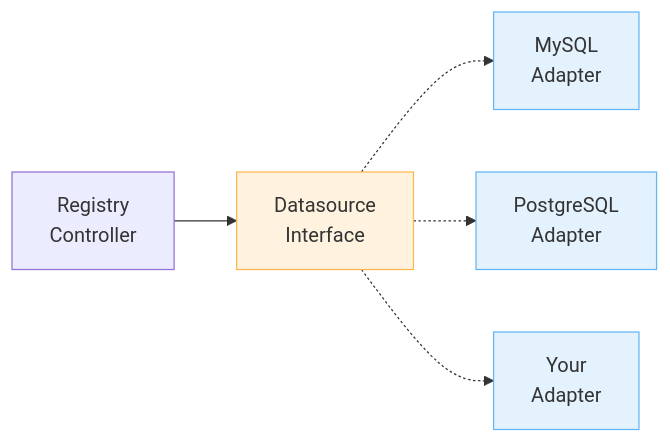
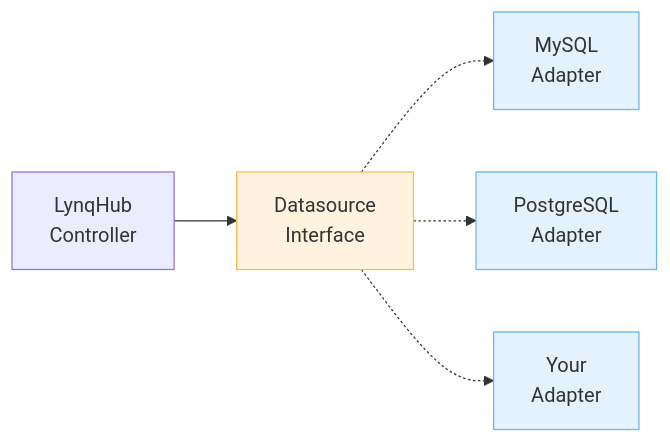
Before and after one commit to kubernetes-tenants/tenant-operator: the diagram in docs/development.md, drawn with Mermaid. The commit also changed other lines of this file and 203 other files, not shown here.

````diff
--- a/docs/development.md
+++ b/docs/development.md
@@ -276,18 +276,18 @@
 ```mermaid
 flowchart LR
-    Controller[Registry<br/>Controller]
+    Controller[LynqHub<br/>Controller]
     Interface[Datasource<br/>Interface]
     MySQL[MySQL<br/>Adapter]
     Postgres[PostgreSQL<br/>Adapter]
     Custom[Your<br/>Adapter]
 
     Controller --> Interface
     Interface -.-> MySQL
     Interface -.-> Postgres
     Interface -.-> Custom
 
     classDef interface fill:#fff3e0,stroke:#ffb74d
     classDef adapter fill:#e3f2fd,stroke:#64b5f6
     class Interface interface
     class MySQL,Postgres,Custom adapter
 ```
````
